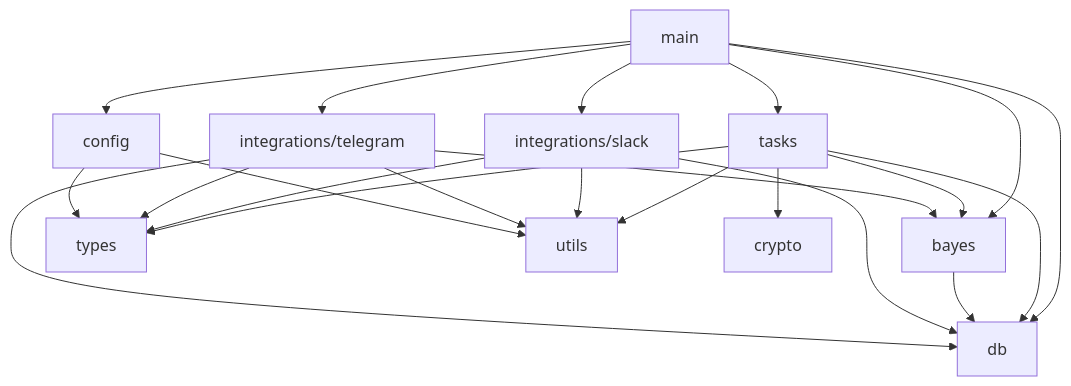
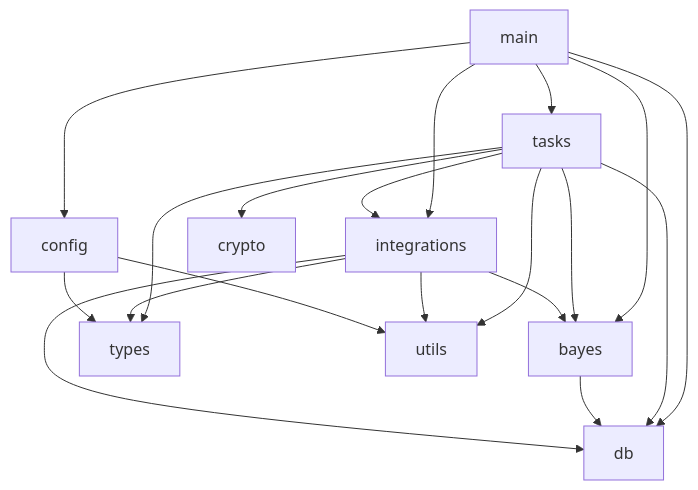
The seventh of 7 diagrams in docs/architecture.md (antfie/FoxBot), drawn with Mermaid before and after one commit. The commit also changed other lines of this file and 12 other files, not shown here.

Commit message:
Bayes un-training capability, restore keyword_only for those with Slack

````diff
--- a/docs/architecture.md
+++ b/docs/architecture.md
@@ -161,24 +177,21 @@
 ```mermaid
 graph TD
     main --> config
     main --> db
     main --> bayes
     main --> tasks
-    main --> integrations/slack
-    main --> integrations/telegram
+    main --> integrations
     tasks --> db
     tasks --> bayes
+    tasks --> integrations
     tasks --> types
     tasks --> utils
     tasks --> crypto
     bayes --> db
-    integrations/slack --> db
-    integrations/slack --> types
-    integrations/slack --> utils
-    integrations/telegram --> db
-    integrations/telegram --> bayes
-    integrations/telegram --> types
-    integrations/telegram --> utils
+    integrations --> db
+    integrations --> bayes
+    integrations --> types
+    integrations --> utils
     config --> types
     config --> utils
 ```
````
